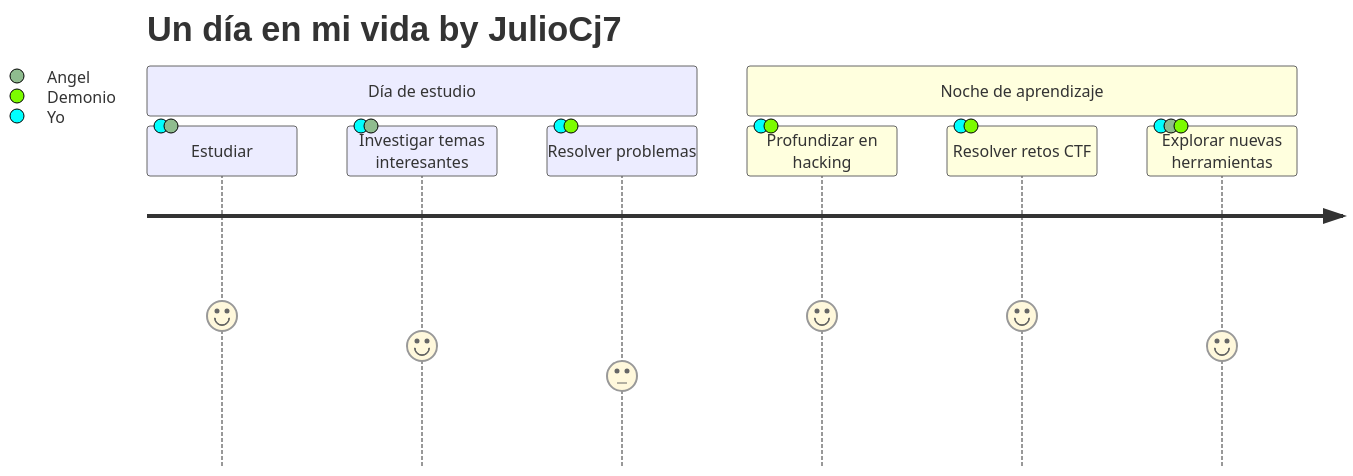
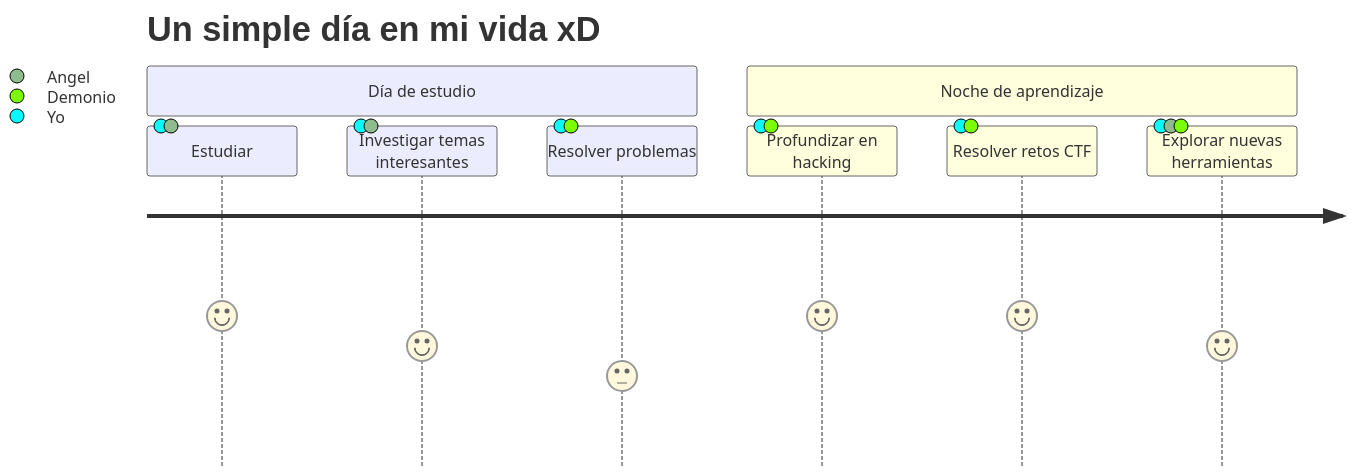
One commit to Juliocj7/Juliocj7 changed the diagram in .github/README.md. Above: the diagram before and after it, drawn with Mermaid. The commit also changed other lines of this file, not shown here.

````diff
--- a/.github/README.md
+++ b/.github/README.md
@@ -263,12 +263,12 @@
 ```mermaid
 journey
-  title Un día en mi vida by JulioCj7
+  title Un simple día en mi vida xD
   section Día de estudio
     Estudiar: 5: Yo, Angel
     Investigar temas interesantes: 4: Yo, Angel
     Resolver problemas: 3: Yo, Demonio
   section Noche de aprendizaje
     Profundizar en hacking: 5: Yo, Demonio
     Resolver retos CTF: 5: Yo, Demonio
     Explorar nuevas herramientas: 4: Yo, Angel, Demonio
 ```
````
